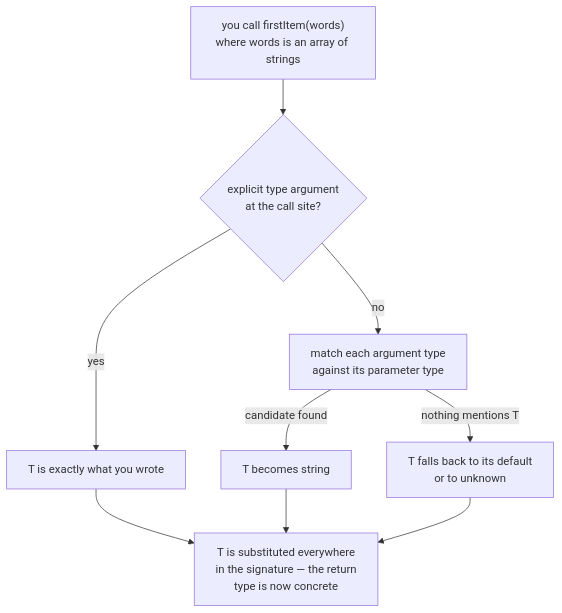
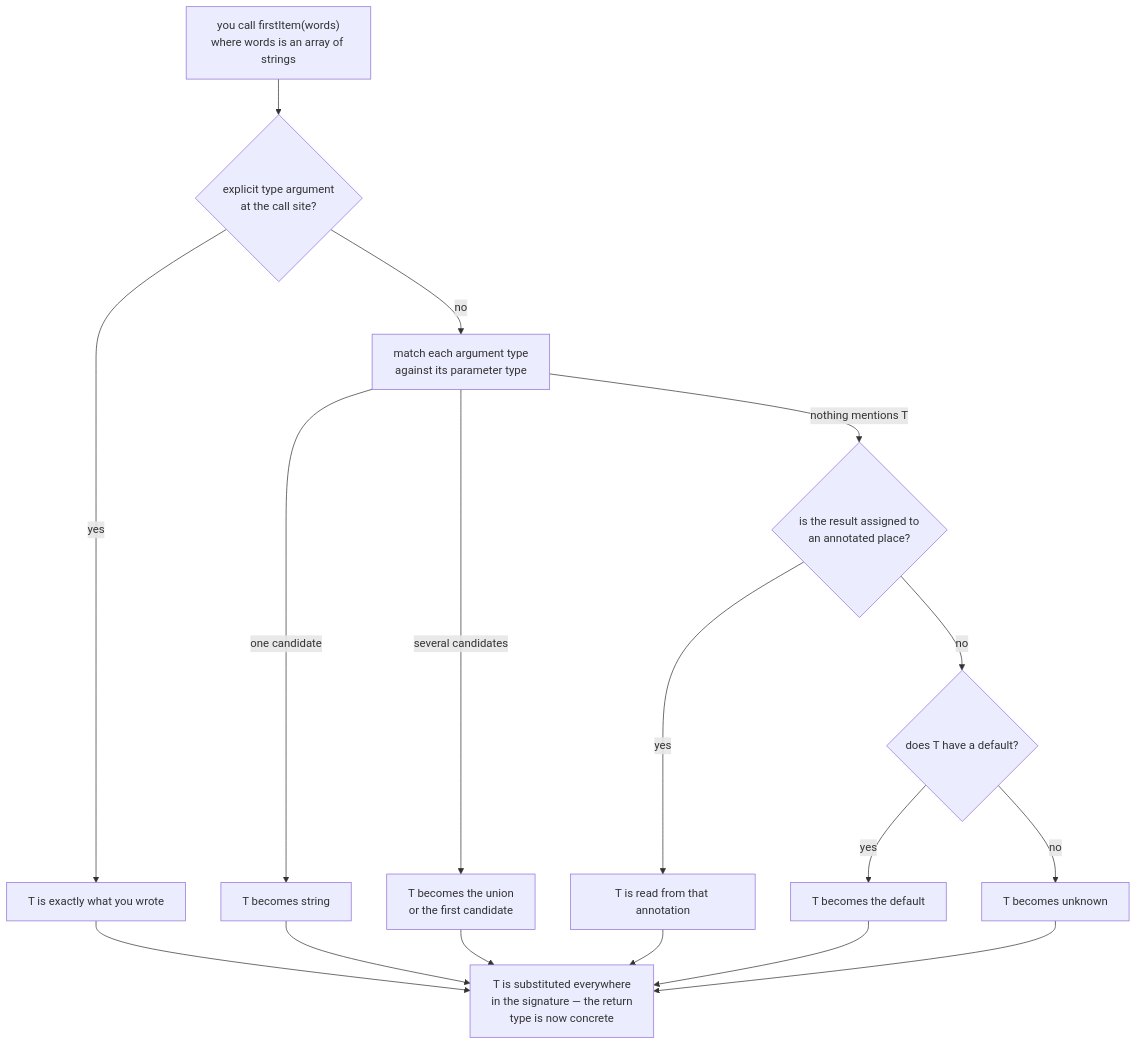
The first of 5 diagrams in 07-generics/LESSON.md (cheer-cho/LearningCourse--TypeScript--build-by-Claude-Code), drawn with Mermaid before and after one commit. The commit also changed other lines of this file and 79 other files, not shown here.

````diff
--- a/07-generics/LESSON.md
+++ b/07-generics/LESSON.md
@@ -12,11 +27,19 @@
 ```mermaid
 flowchart TD
     Call["you call firstItem(words)<br/>where words is an array of strings"] --> Q{"explicit type argument<br/>at the call site?"}
     Q -- yes --> Use["T is exactly what you wrote"]
     Q -- no --> Match["match each argument type<br/>against its parameter type"]
-    Match -- "candidate found" --> Found["T becomes string"]
-    Match -- "nothing mentions T" --> None["T falls back to its default<br/>or to unknown"]
+    Match -- "one candidate" --> Found["T becomes string"]
+    Match -- "several candidates" --> Best["T becomes the union<br/>or the first candidate"]
+    Match -- "nothing mentions T" --> Ctx{"is the result assigned to<br/>an annotated place?"}
+    Ctx -- yes --> Ret["T is read from that annotation"]
+    Ctx -- no --> Def{"does T have a default?"}
+    Def -- yes --> Dflt["T becomes the default"]
+    Def -- no --> None["T becomes unknown"]
     Found --> Sub["T is substituted everywhere<br/>in the signature — the return<br/>type is now concrete"]
     Use --> Sub
+    Best --> Sub
+    Ret --> Sub
+    Dflt --> Sub
     None --> Sub
 ```
````
